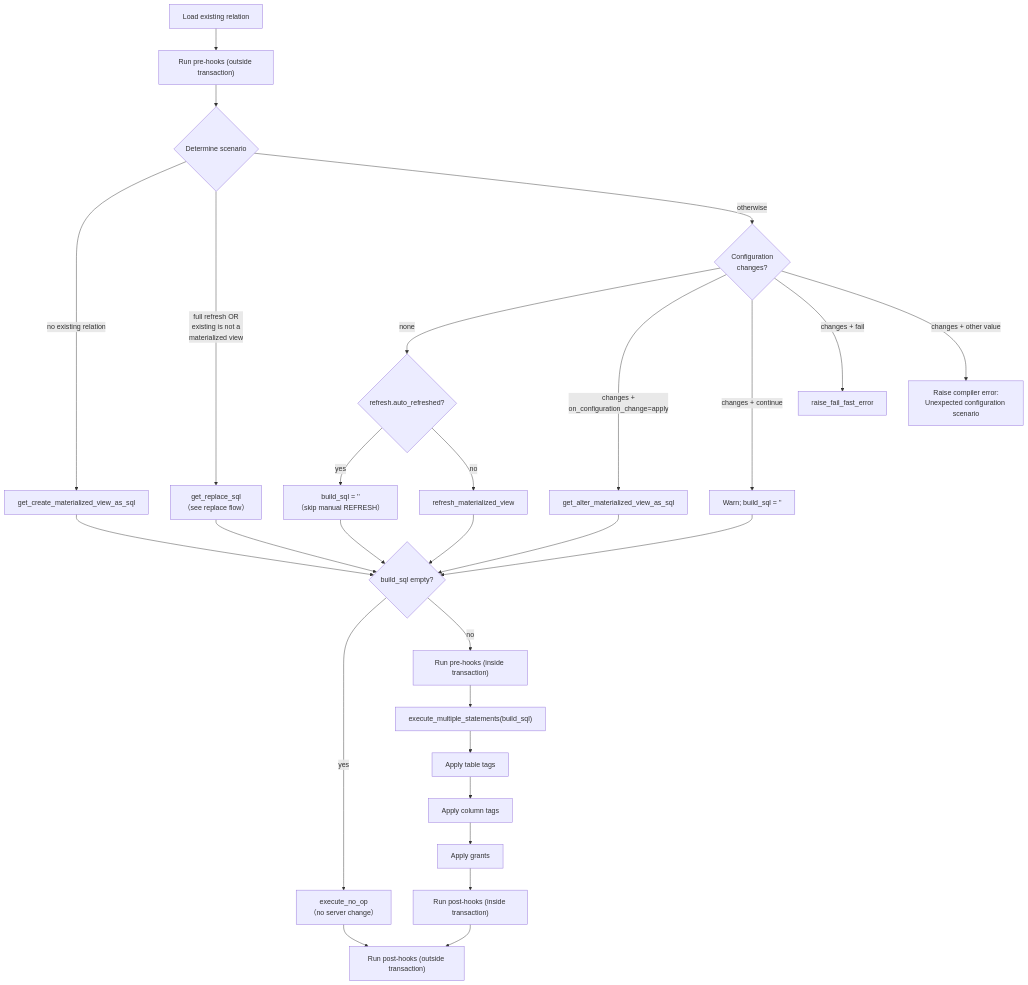
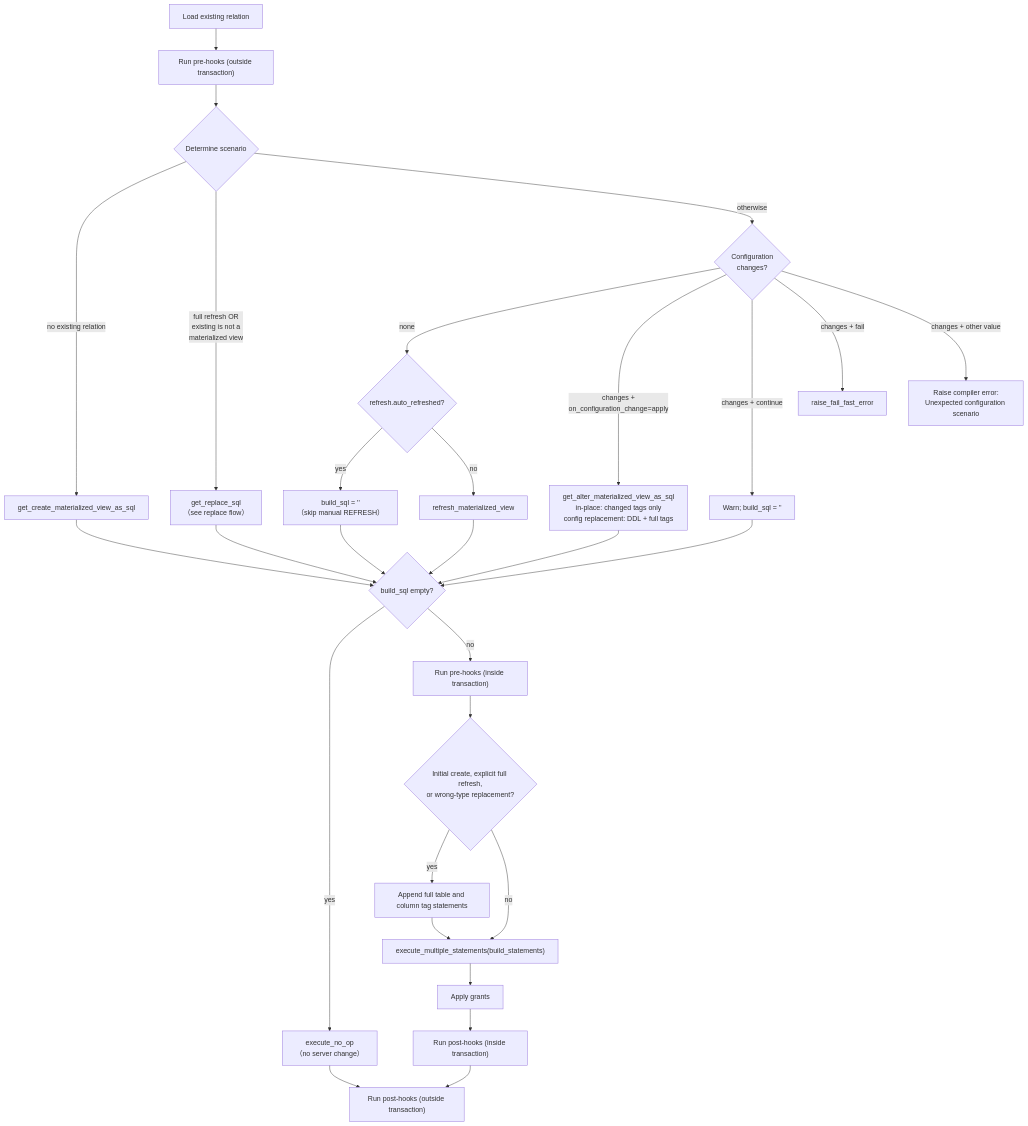
One commit to databricks/dbt-databricks changed the diagram in docs/flow/materialized_view_flow.md. Above: the diagram before and after it, drawn with Mermaid. The commit also changed other lines of this file and 16 other files, not shown here.

Commit message:
fix: reconcile tags for materialized views and streaming tables

````diff
--- a/docs/flow/materialized_view_flow.md
+++ b/docs/flow/materialized_view_flow.md
@@ -15,35 +15,36 @@
 ```mermaid
 flowchart TD
     START[Load existing relation] --> PRE["Run pre-hooks (outside transaction)"]
     PRE --> DECIDE{Determine scenario}
 
     DECIDE -- "no existing relation" --> CREATE[get_create_materialized_view_as_sql]
     DECIDE -- "full refresh OR\nexisting is not a\nmaterialized view" --> REPLACE[get_replace_sql\n（see replace flow）]
     DECIDE -- "otherwise" --> CFG{Configuration\nchanges?}
 
     CFG -- "none" --> AUTO{refresh.auto_refreshed?}
     AUTO -- yes --> NOOPSQL[build_sql = ''\n（skip manual REFRESH）]
     AUTO -- no --> REFRESH[refresh_materialized_view]
 
-    CFG -- "changes +\non_configuration_change=apply" --> ALTER[get_alter_materialized_view_as_sql]
+    CFG -- "changes +\non_configuration_change=apply" --> ALTER["get_alter_materialized_view_as_sql<br/>in-place: changed tags only<br/>config replacement: DDL + full tags"]
     CFG -- "changes + continue" --> WARN[Warn; build_sql = '']
     CFG -- "changes + fail" --> FAIL[raise_fail_fast_error]
     CFG -- "changes + other value" --> INVALID["Raise compiler error:<br/>Unexpected configuration scenario"]
 
     CREATE --> CHECK
     REPLACE --> CHECK
     REFRESH --> CHECK
     ALTER --> CHECK
     NOOPSQL --> CHECK
     WARN --> CHECK
     CHECK{build_sql empty?}
     CHECK -- yes --> NOOP[execute_no_op\n（no server change）]
     CHECK -- no --> INTX["Run pre-hooks (inside transaction)"]
-    INTX --> EXEC["execute_multiple_statements(build_sql)"]
-    EXEC --> TAGS[Apply table tags]
-    TAGS --> COLTAGS[Apply column tags]
-    COLTAGS --> GRANTS[Apply grants]
+    INTX --> OUTERREPLACE{"Initial create, explicit full refresh,<br/>or wrong-type replacement?"}
+    OUTERREPLACE -- yes --> TAGS[Append full table and column tag statements]
+    OUTERREPLACE -- no --> EXEC["execute_multiple_statements(build_statements)"]
+    TAGS --> EXEC
+    EXEC --> GRANTS[Apply grants]
     GRANTS --> POSTIN["Run post-hooks (inside transaction)"]
     NOOP --> POSTOUT
     POSTIN --> POSTOUT["Run post-hooks (outside transaction)"]
 ```
````
